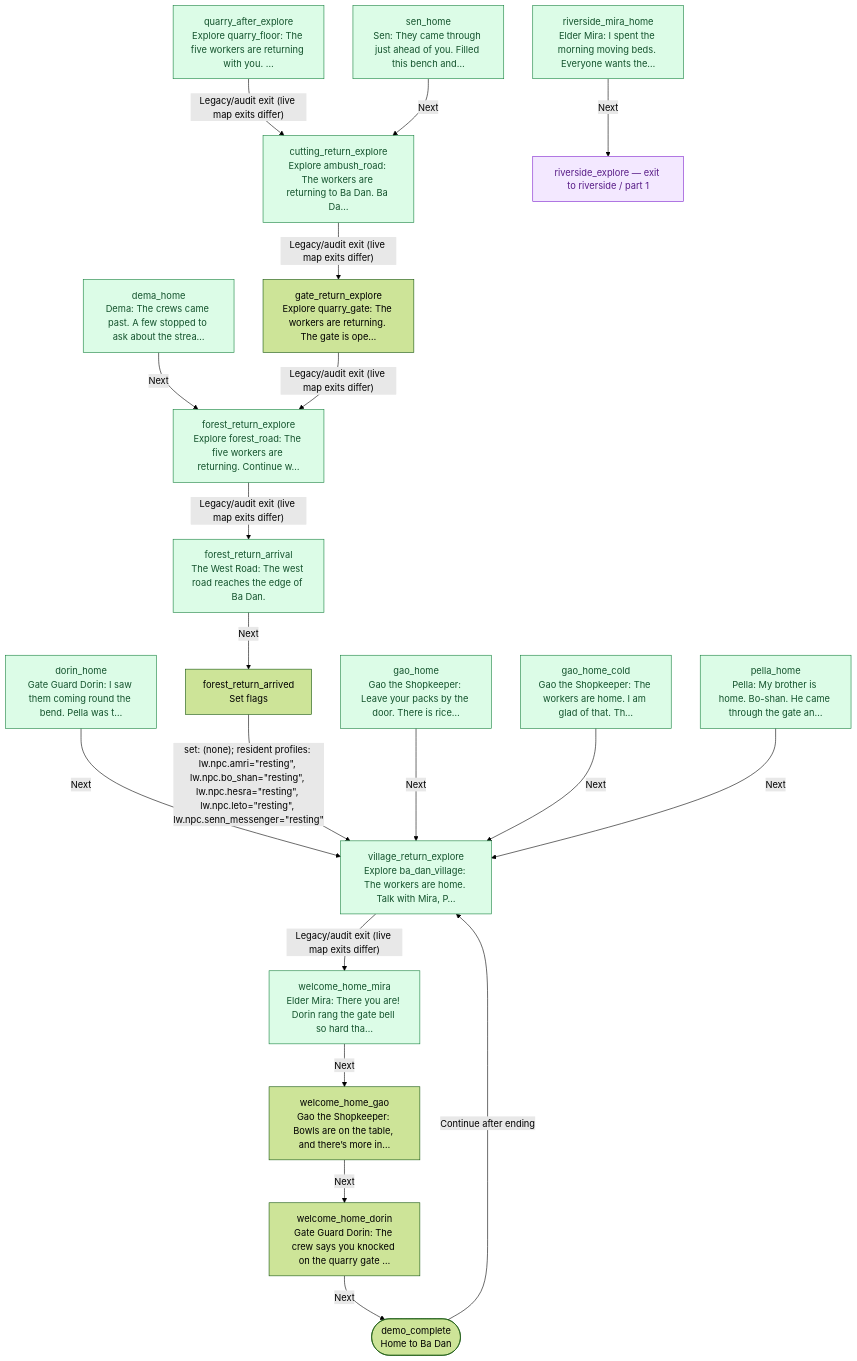
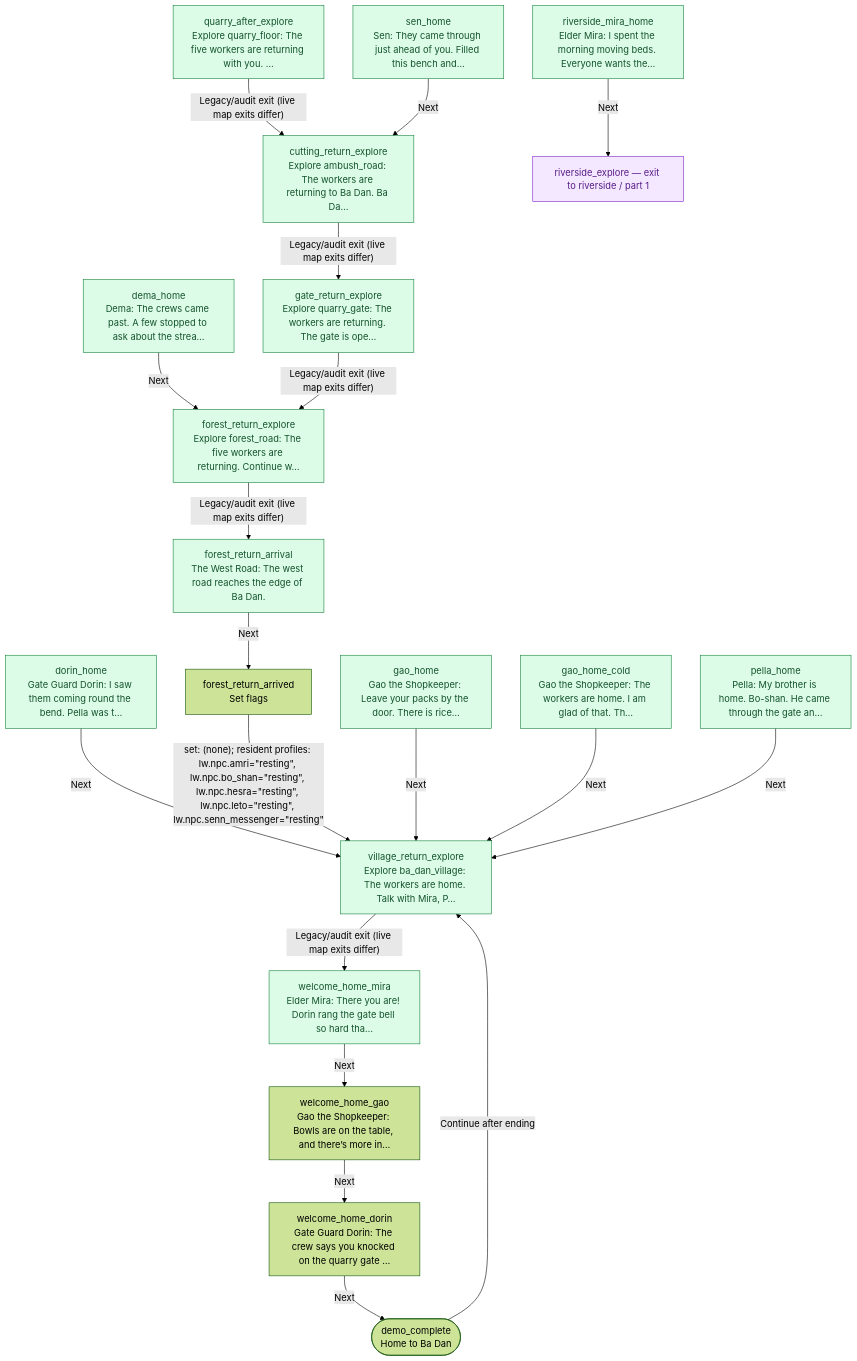
Before and after one commit to jaredbahr/Avatarrpg: the diagram in docs/story/return.md, drawn with Mermaid (forest theme). The commit also changed 8 other files, not shown here.

First line of the commit message:
Regenerate the story graph docs

````diff
--- a/docs/story/return.md
+++ b/docs/story/return.md
@@ -21,43 +21,43 @@
 ```mermaid
 flowchart TD
   n14["cutting_return_explore<br/>Explore ambush_road: The workers are returning to Ba Dan. Ba Da…"]:::entry
   n22["dema_home<br/>Dema: The crews came past. A few stopped to ask about the strea…"]:::entry
   n23(["demo_complete<br/>Home to Ba Dan"])
   n28["dorin_home<br/>Gate Guard Dorin: I saw them coming round the bend. Pella was t…"]:::entry
   n35["forest_return_arrival<br/>The West Road: The west road reaches the edge of Ba Dan."]:::entry
   n36["forest_return_arrived<br/>Set flags"]
   n37["forest_return_explore<br/>Explore forest_road: The five workers are returning. Continue w…"]:::entry
   n40["gao_home<br/>Gao the Shopkeeper: Leave your packs by the door. There is rice…"]:::entry
   n41["gao_home_cold<br/>Gao the Shopkeeper: The workers are home. I am glad of that. Th…"]:::entry
-  n46["gate_return_explore<br/>Explore quarry_gate: The workers are returning. The gate is ope…"]
+  n46["gate_return_explore<br/>Explore quarry_gate: The workers are returning. The gate is ope…"]:::entry
   n68["pella_home<br/>Pella: My brother is home. Bo-shan. He came through the gate an…"]:::entry
   n80["quarry_after_explore<br/>Explore quarry_floor: The five workers are returning with you. …"]:::entry
-  n93["riverside_mira_home<br/>Elder Mira: I spent the morning moving beds. Everyone wants the…"]:::entry
-  n102["sen_home<br/>Sen: They came through just ahead of you. Filled this bench and…"]:::entry
-  n131["village_return_explore<br/>Explore ba_dan_village: The workers are home. Talk with Mira, P…"]:::entry
-  n132["welcome_home_dorin<br/>Gate Guard Dorin: The crew says you knocked on the quarry gate …"]
-  n133["welcome_home_gao<br/>Gao the Shopkeeper: Bowls are on the table, and there’s more in…"]
-  n134["welcome_home_mira<br/>Elder Mira: There you are! Dorin rang the gate bell so hard tha…"]:::entry
-  n90["riverside_explore — exit to riverside / part 1"]:::external
+  n112["riverside_mira_home<br/>Elder Mira: I spent the morning moving beds. Everyone wants the…"]:::entry
+  n121["sen_home<br/>Sen: They came through just ahead of you. Filled this bench and…"]:::entry
+  n150["village_return_explore<br/>Explore ba_dan_village: The workers are home. Talk with Mira, P…"]:::entry
+  n151["welcome_home_dorin<br/>Gate Guard Dorin: The crew says you knocked on the quarry gate …"]
+  n152["welcome_home_gao<br/>Gao the Shopkeeper: Bowls are on the table, and there’s more in…"]
+  n153["welcome_home_mira<br/>Elder Mira: There you are! Dorin rang the gate bell so hard tha…"]:::entry
+  n109["riverside_explore — exit to riverside / part 1"]:::external
   n14 -->|"Legacy/audit exit (live map exits differ)"| n46
   n22 -->|"Next"| n37
-  n23 -->|"Continue after ending"| n131
-  n28 -->|"Next"| n131
+  n23 -->|"Continue after ending"| n150
+  n28 -->|"Next"| n150
   n35 -->|"Next"| n36
-  n36 -->|"set: (none); resident profiles: lw.npc.amri=#quot;resting#quot;, lw.npc.bo_shan=#quot;resting#quot;, lw.npc.hesra=#quot;resting#quot;, lw.npc.leto=#quot;resting#quot;, lw.npc.senn_messenger=#quot;resting#quot;"| n131
+  n36 -->|"set: (none); resident profiles: lw.npc.amri=#quot;resting#quot;, lw.npc.bo_shan=#quot;resting#quot;, lw.npc.hesra=#quot;resting#quot;, lw.npc.leto=#quot;resting#quot;, lw.npc.senn_messenger=#quot;resting#quot;"| n150
   n37 -->|"Legacy/audit exit (live map exits differ)"| n35
-  n40 -->|"Next"| n131
-  n41 -->|"Next"| n131
+  n40 -->|"Next"| n150
+  n41 -->|"Next"| n150
   n46 -->|"Legacy/audit exit (live map exits differ)"| n37
-  n68 -->|"Next"| n131
+  n68 -->|"Next"| n150
   n80 -->|"Legacy/audit exit (live map exits differ)"| n14
-  n93 -->|"Next"| n90
-  n102 -->|"Next"| n14
-  n131 -->|"Legacy/audit exit (live map exits differ)"| n134
-  n132 -->|"Next"| n23
-  n133 -->|"Next"| n132
-  n134 -->|"Next"| n133
+  n112 -->|"Next"| n109
+  n121 -->|"Next"| n14
+  n150 -->|"Legacy/audit exit (live map exits differ)"| n153
+  n151 -->|"Next"| n23
+  n152 -->|"Next"| n151
+  n153 -->|"Next"| n152
   classDef entry fill:#dcfce7,stroke:#15803d,color:#14532d
   classDef external fill:#f3e8ff,stroke:#7e22ce,color:#581c87
   classDef continuation fill:#f8fafc,stroke:#475569,color:#0f172a,stroke-dasharray:5 5
 ```
````
